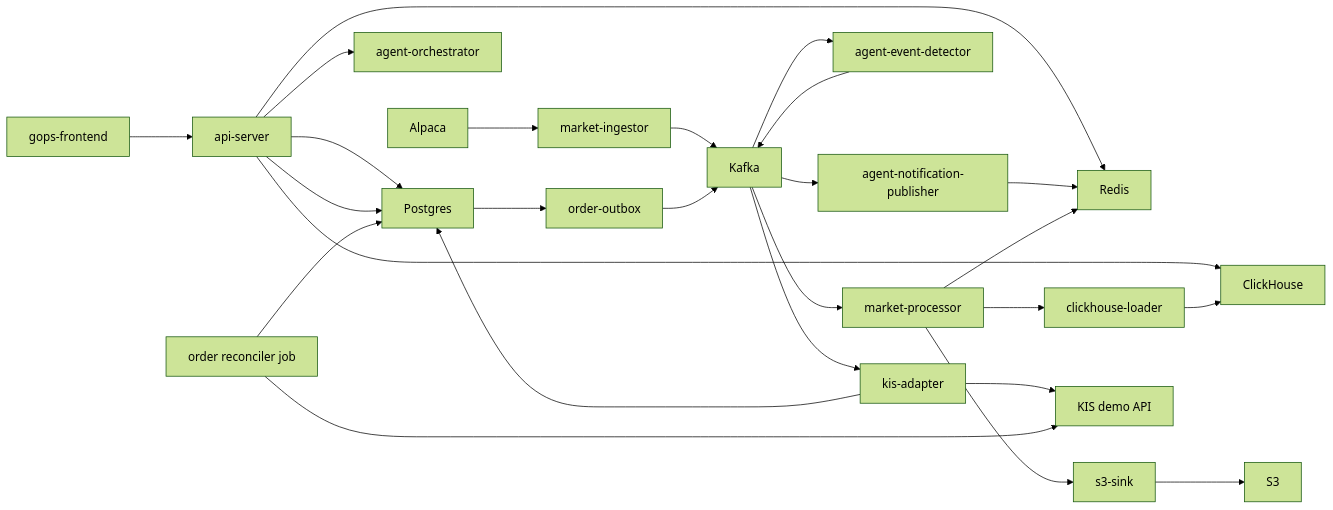
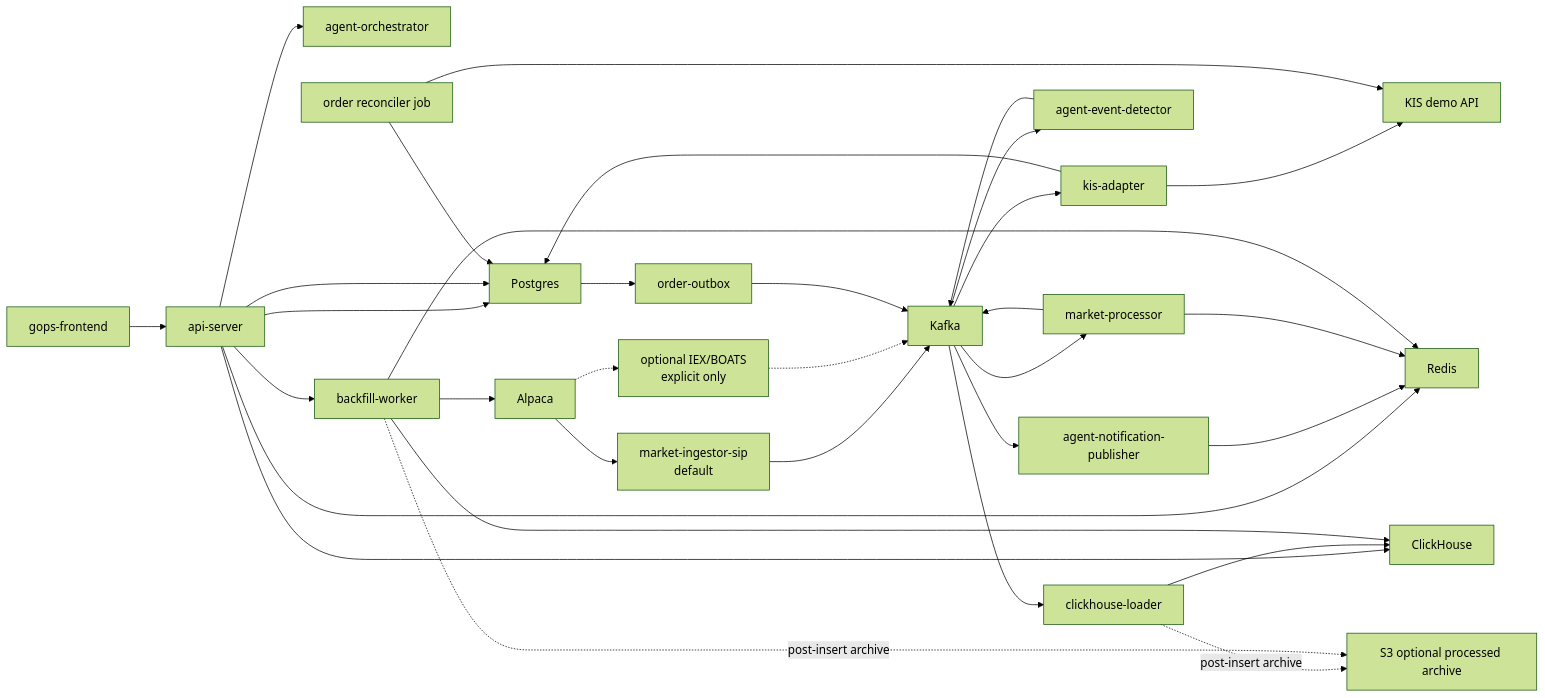
One commit to seunglee10/GOPS-BE changed the diagram in README.md. Above: the diagram before and after it, drawn with Mermaid (forest theme). The commit also changed other lines of this file and 123 other files, not shown here.

````diff
--- a/README.md
+++ b/README.md
@@ -60,27 +60,35 @@
 ```mermaid
 flowchart LR
   FE["gops-frontend"] --> API["api-server"]
   API --> Redis["Redis"]
   API --> CH["ClickHouse"]
   API --> PG["Postgres"]
   API --> AgentOrch["agent-orchestrator"]
 
-  Alpaca["Alpaca"] --> Ingestor["market-ingestor"]
+  Alpaca["Alpaca"] --> Ingestor["market-ingestor-sip<br/>default"]
+  Alpaca -.-> ExtraFeeds["optional IEX/BOATS<br/>explicit only"]
   Ingestor --> Kafka["Kafka"]
+  ExtraFeeds -.-> Kafka
   Kafka --> Processor["market-processor"]
   Kafka --> EventDetector["agent-event-detector"]
   EventDetector --> Kafka
   Kafka --> AlertPublisher["agent-notification-publisher"] --> Redis
   Processor --> Redis
-  Processor --> S3Sink["s3-sink"] --> S3["S3"]
-  Processor --> CHLoader["clickhouse-loader"] --> CH
+  Processor --> Kafka
+  Kafka --> CHLoader["clickhouse-loader"] --> CH
+  CHLoader -.->|post-insert archive| S3["S3 optional processed archive"]
+  API --> Backfill["backfill-worker"]
+  Backfill --> Redis
+  Backfill --> Alpaca
+  Backfill --> CH
+  Backfill -.->|post-insert archive| S3
 
   API --> PG
   PG --> Outbox["order-outbox"]
   Outbox --> Kafka
   Kafka --> KISAdapter["kis-adapter"]
   KISAdapter --> KIS["KIS demo API"]
   KISAdapter --> PG
   Reconciler["order reconciler job"] --> PG
   Reconciler --> KIS
 ```
````
